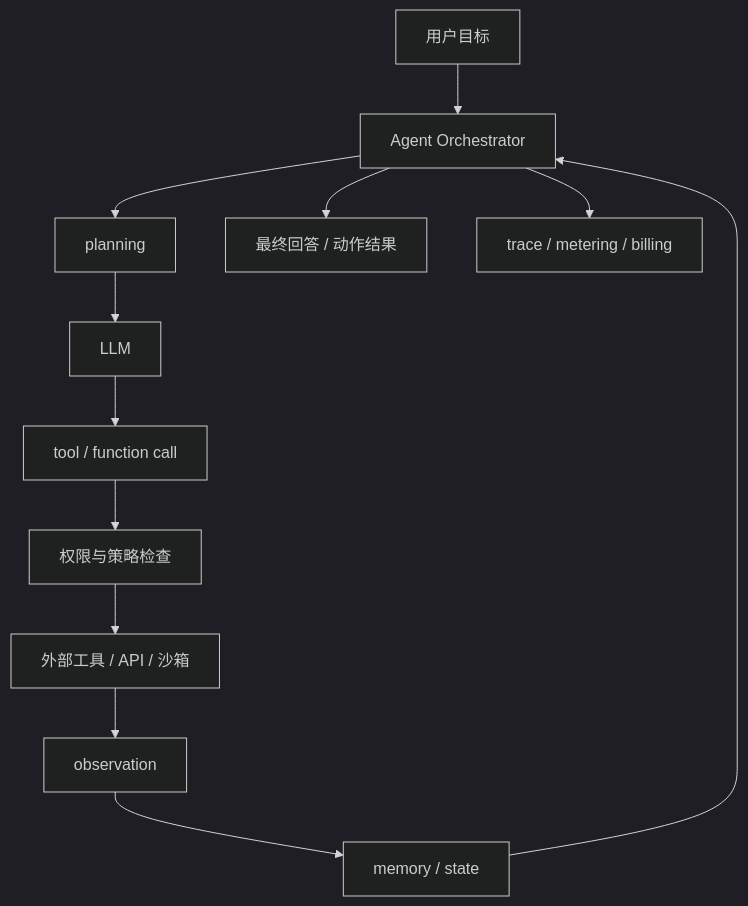
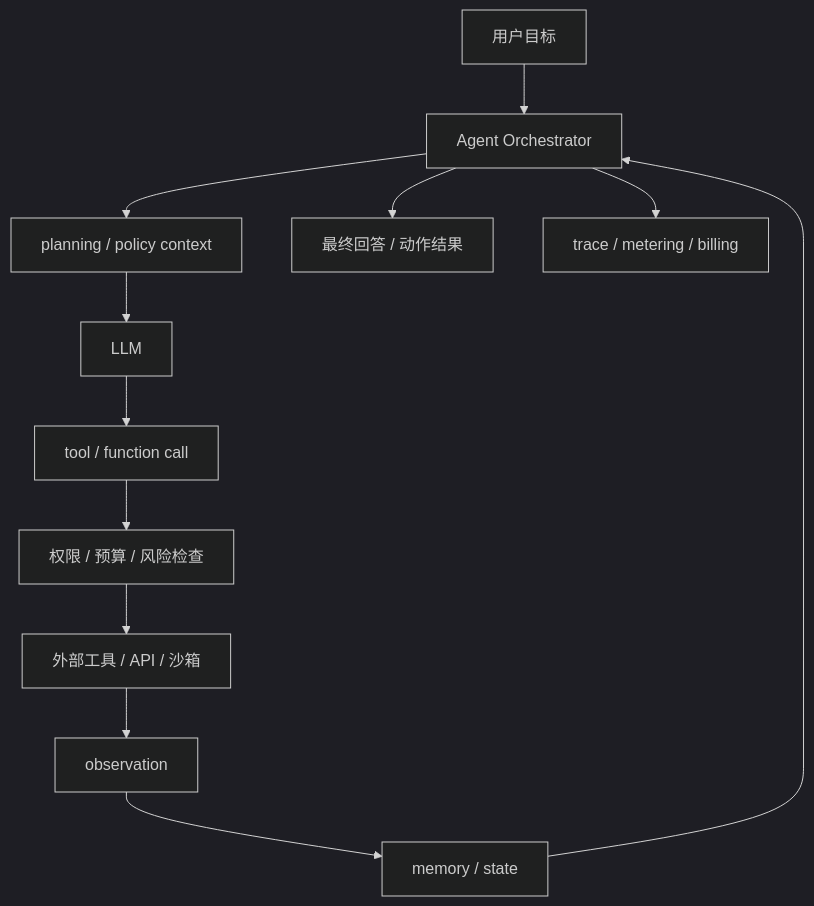
One commit to ikingye/ai-factory-engineering changed the first of 2 diagrams in docs/part-01-applications/chapter-03-agent.md. Above: the diagram before and after it, drawn with Mermaid (dark theme). The commit also changed other lines of this file and 3 other files, not shown here.

````diff
--- a/docs/part-01-applications/chapter-03-agent.md
+++ b/docs/part-01-applications/chapter-03-agent.md
@@ -23,14 +39,14 @@
 ```mermaid
 flowchart TB
   U["用户目标"] --> Orchestrator["Agent Orchestrator"]
-  Orchestrator --> Planner["planning"]
+  Orchestrator --> Planner["planning / policy context"]
   Planner --> LLM["LLM"]
   LLM --> ToolCall["tool / function call"]
-  ToolCall --> Policy["权限与策略检查"]
+  ToolCall --> Policy["权限 / 预算 / 风险检查"]
   Policy --> Tools["外部工具 / API / 沙箱"]
   Tools --> Obs["observation"]
   Obs --> Memory["memory / state"]
   Memory --> Orchestrator
   Orchestrator --> Answer["最终回答 / 动作结果"]
   Orchestrator --> Trace["trace / metering / billing"]
 ```
````
